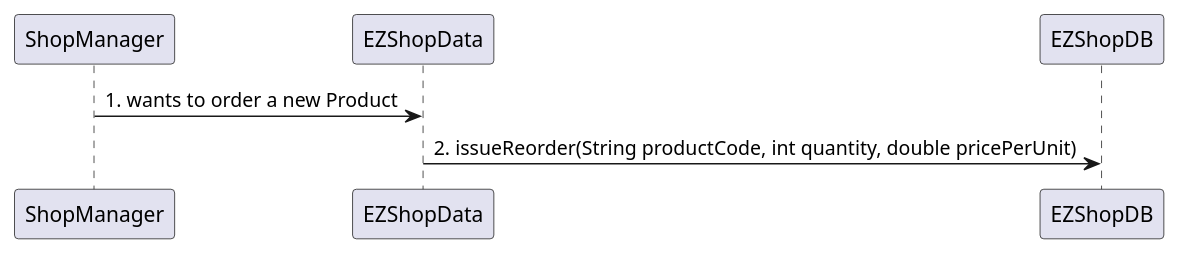
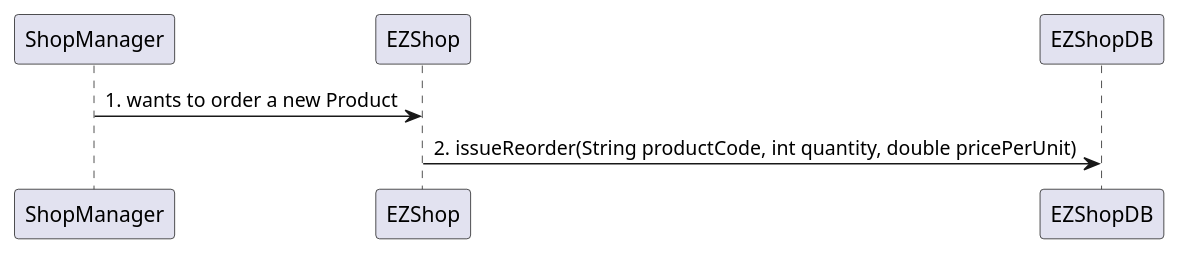
One commit to djemar/softeng_ezshop changed the ninth of 31 diagrams in Deliverables/DesignDocument.md. Above: the diagram before and after it, drawn with PlantUML. The commit also changed other lines of this file, not shown here.

````diff
--- a/Deliverables/DesignDocument.md
+++ b/Deliverables/DesignDocument.md
@@ -330,5 +342,5 @@
 ```plantuml
-"ShopManager" -> "EZShopData": 1. wants to order a new Product
-"EZShopData" -> "EZShopDB" : 2. issueReorder(String productCode, int quantity, double pricePerUnit)
+"ShopManager" -> "EZShop": 1. wants to order a new Product
+"EZShop" -> "EZShopDB" : 2. issueReorder(String productCode, int quantity, double pricePerUnit)
 
 ```
````
